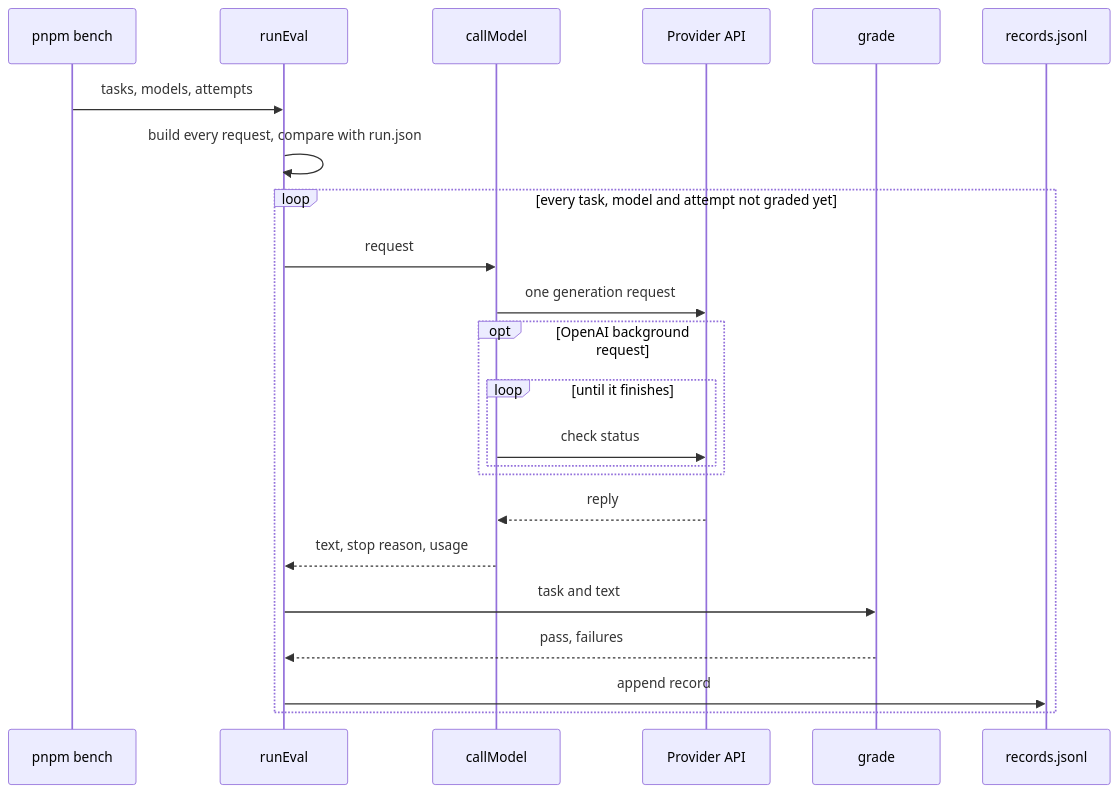
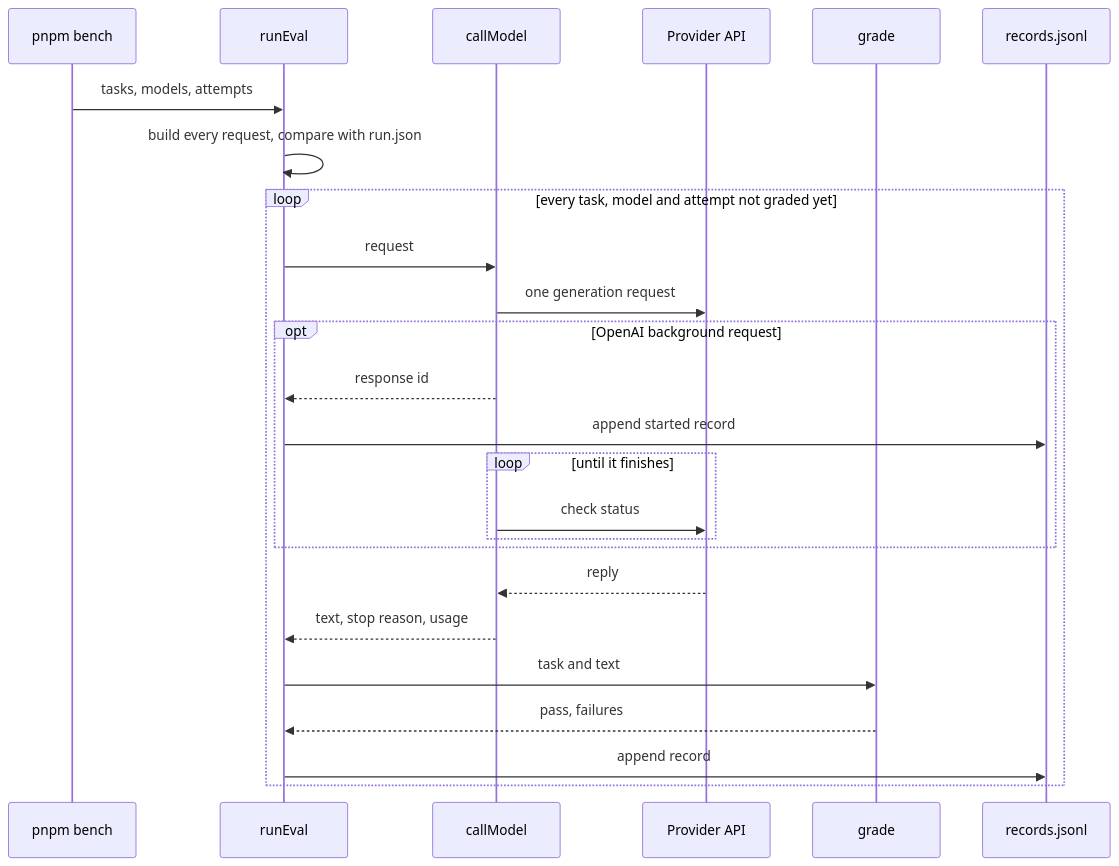
The fourth of 5 diagrams in docs/architecture.md (Ammaar-Alam/project-01-spatial-reasoning), drawn with Mermaid before and after one commit. The commit also changed other lines of this file and 5 other files, not shown here.

````diff
--- a/docs/architecture.md
+++ b/docs/architecture.md
@@ -141,25 +141,27 @@
 ```mermaid
 sequenceDiagram
   participant CLI as pnpm bench
   participant Run as runEval
   participant Call as callModel
   participant API as Provider API
   participant Grade as grade
   participant File as records.jsonl
   CLI->>Run: tasks, models, attempts
   Run->>Run: build every request, compare with run.json
   loop every task, model and attempt not graded yet
     Run->>Call: request
     Call->>API: one generation request
     opt OpenAI background request
+      Call-->>Run: response id
+      Run->>File: append started record
       loop until it finishes
         Call->>API: check status
       end
     end
     API-->>Call: reply
     Call-->>Run: text, stop reason, usage
     Run->>Grade: task and text
     Grade-->>Run: pass, failures
     Run->>File: append record
   end
 ```
````
